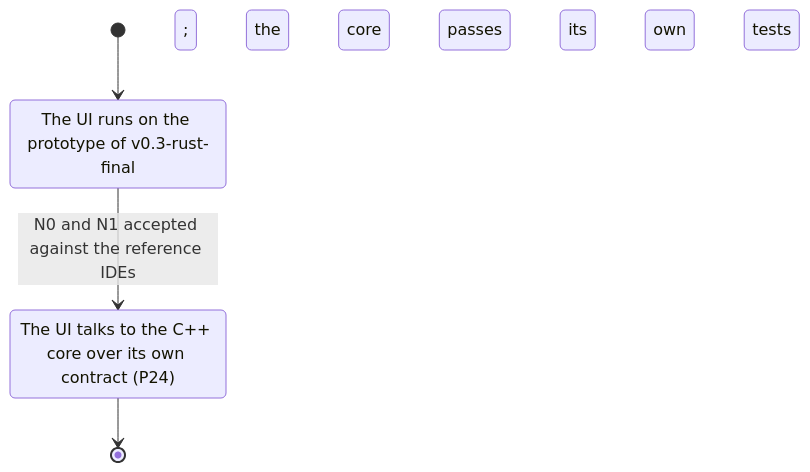
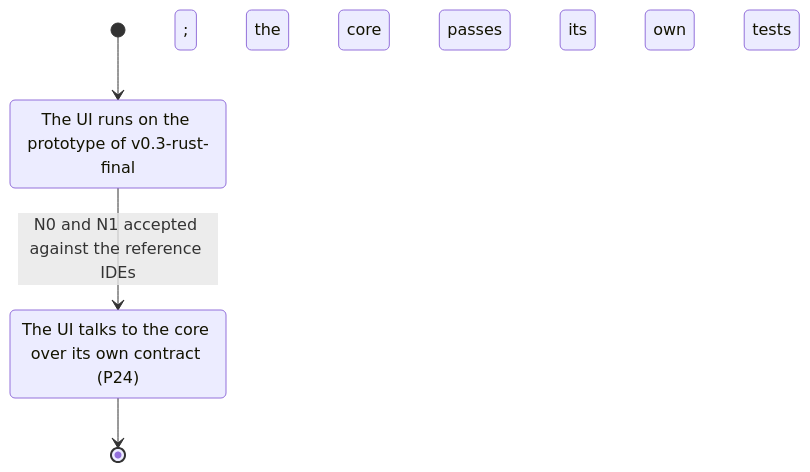
One commit to ViktorWalde/KineinVectis changed the diagram in docs/adr/ADR-0012-cpp23-backend.md. Above: the diagram before and after it, drawn with Mermaid. The commit also changed other lines of this file and 24 other files, not shown here.

````diff
--- a/docs/adr/ADR-0012-cpp23-backend.md
+++ b/docs/adr/ADR-0012-cpp23-backend.md
@@ -59,8 +60,8 @@
 ```mermaid
 stateDiagram-v2
     [*] --> Building
     Building: The UI runs on the prototype of v0.3-rust-final; the core passes its own tests
     Building --> Synced: N0 and N1 accepted against the reference IDEs
-    Synced: The UI talks to the C++ core over its own contract (P24)
+    Synced: The UI talks to the core over its own contract (P24)
     Synced --> [*]
 ```
````
